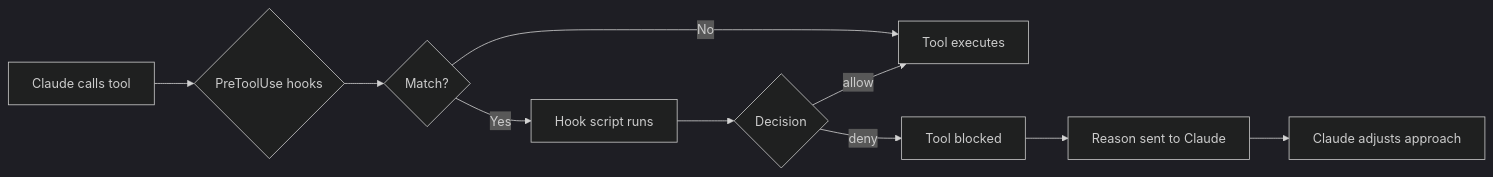
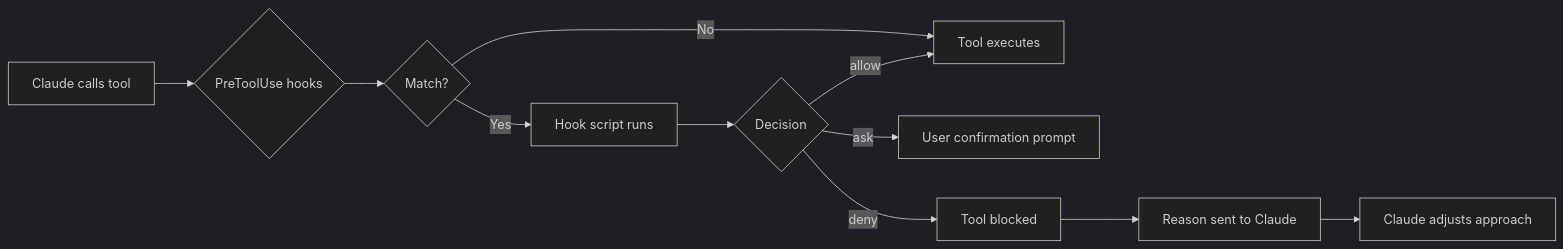
One commit to trackness/claude-agents changed the eighth of 8 diagrams in README.md. Above: the diagram before and after it, drawn with Mermaid (dark theme). The commit also changed 2 other files, not shown here.

Commit message:
docs: state triggering conditions only in skill descriptions; add ask branch to hook mermaid
Trim the promote and ship SKILL.md frontmatter descriptions to pure
triggering conditions per the G.5 authoring standard (a workflow summary
demonstrably causes step-skipping). Add the missing "ask" outcome branch to
the README Hook Enforcement flowchart, which two of the four hooks produce.

Claude-Session: https://claude.ai/code/session_01JBJog7rpwpeGSSxmE2MYDP

````diff
--- a/README.md
+++ b/README.md
@@ -284,12 +284,13 @@
 ```mermaid
 flowchart LR
     A[Claude calls tool] --> B{PreToolUse hooks}
     B --> C{Match?}
     C -- No --> D[Tool executes]
     C -- Yes --> E[Hook script runs]
     E --> F{Decision}
     F -- allow --> D
+    F -- ask --> J[User confirmation prompt]
     F -- deny --> G[Tool blocked]
     G --> H[Reason sent to Claude]
     H --> I[Claude adjusts approach]
 ```
````
